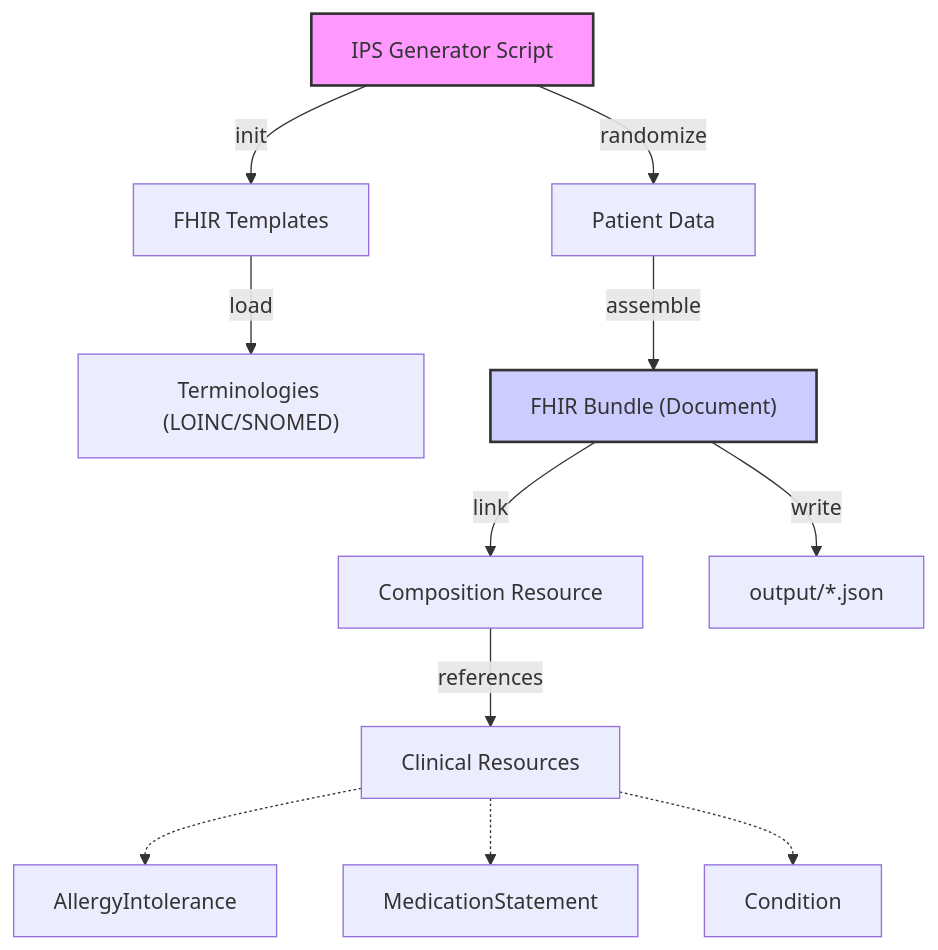
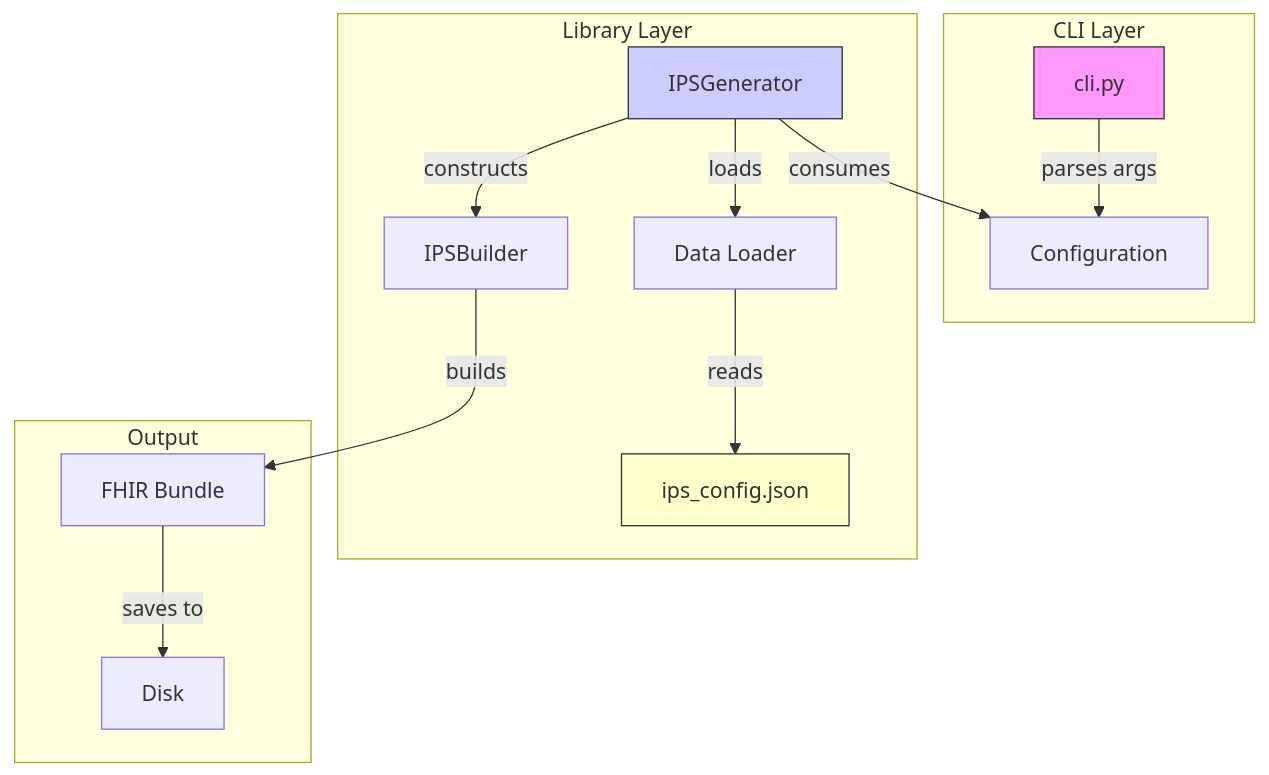
Before and after one commit to wkusnierczyk/ips-sampler: the diagram in resources/graphics/ips-sampler.mmd, drawn with Mermaid. The commit also changed 16 other files, not shown here.

Commit message:
Split into library and CLI

```diff
--- a/resources/graphics/ips-sampler.mmd
+++ b/resources/graphics/ips-sampler.mmd
@@ -1,14 +1,20 @@
 flowchart TD
-    A[IPS Generator Script] -->|init| B[FHIR Templates]
-    B -->|load| C["Terminologies (LOINC/SNOMED)"]
-    A -->|randomize| D[Patient Data]
-    D -->|assemble| E["FHIR Bundle (Document)"]
-    E -->|link| F[Composition Resource]
-    F -->|references| G[Clinical Resources]
-    G -.-> H[AllergyIntolerance]
-    G -.-> I[MedicationStatement]
-    G -.-> J[Condition]
-    E -->|write| K[output/*.json]
+    subgraph CLI Layer
+    A[cli.py] -->|parses args| B[Configuration]
+    end
 
-    style A fill:#f9f,stroke:#333,stroke-width:2px
-    style E fill:#ccf,stroke:#333,stroke-width:2px
+    subgraph Library Layer
+    C[IPSGenerator] -->|consumes| B
+    C -->|loads| D[Data Loader]
+    D -->|reads| E[ips_config.json]
+    C -->|constructs| F[IPSBuilder]
+    end
+
+    subgraph Output
+    F -->|builds| G[FHIR Bundle]
+    G -->|saves to| H[Disk]
+    end
+
+    style A fill:#f9f,stroke:#333
+    style C fill:#ccf,stroke:#333
+    style E fill:#ffc,stroke:#333
```
